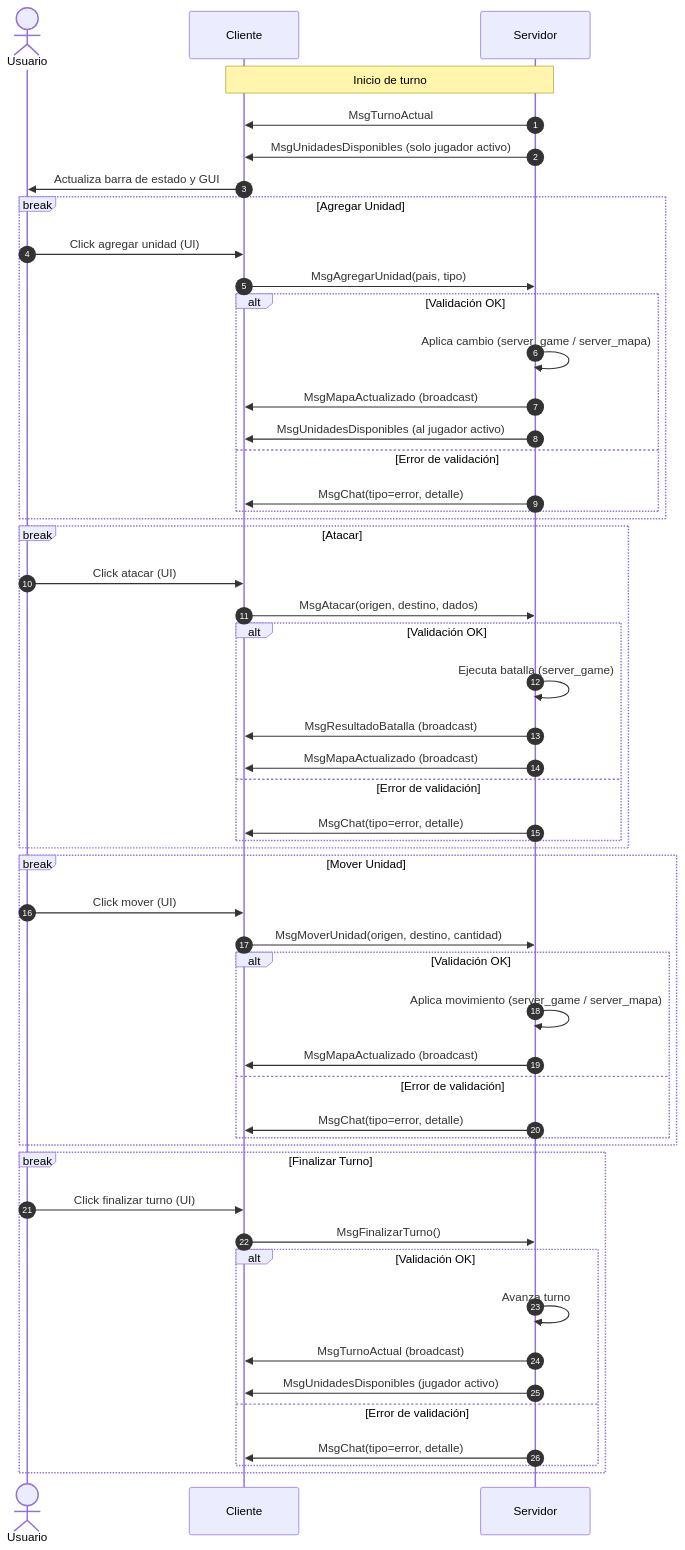
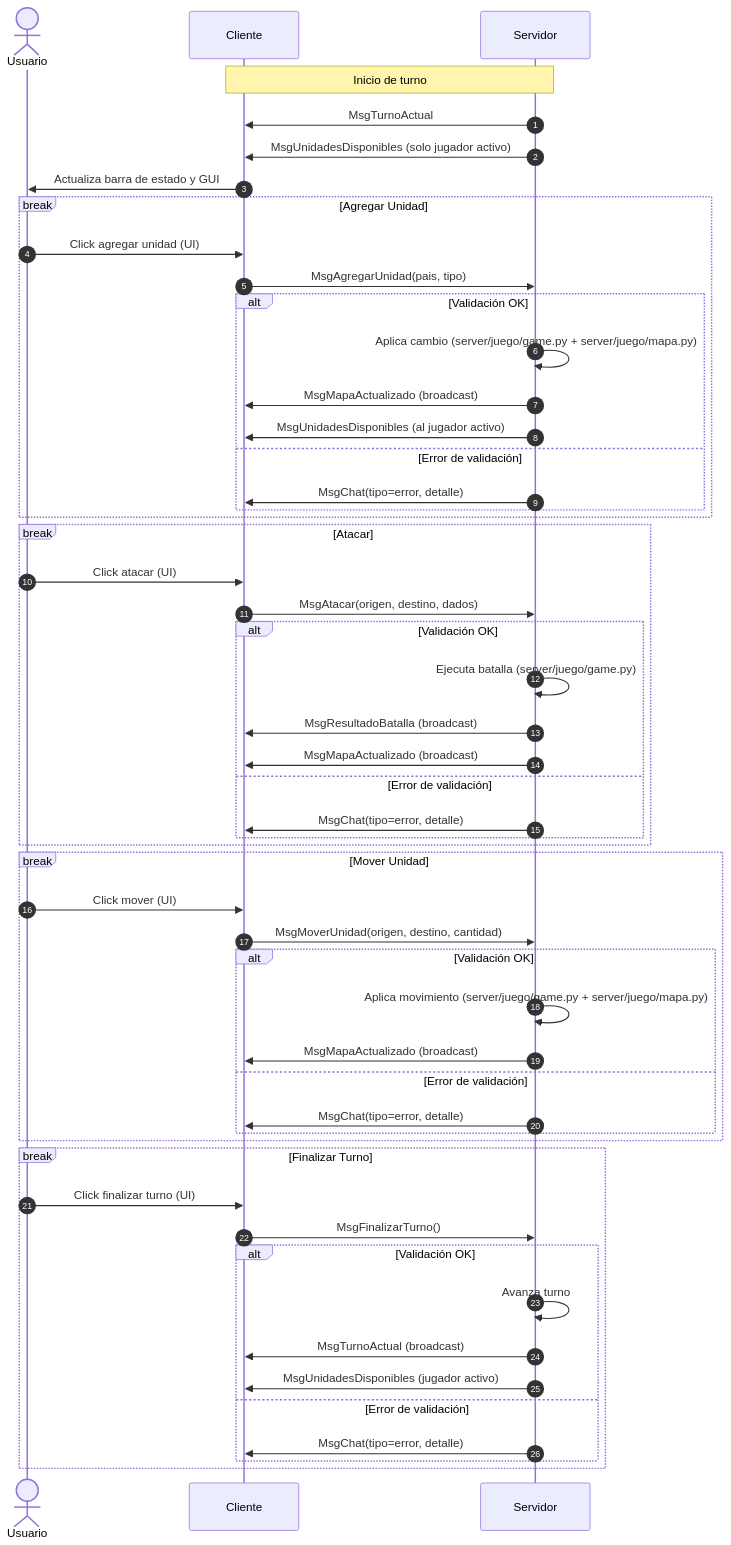
One commit to cavazquez/pyteg changed the diagram in docs/diagrams/message_flow.md. Above: the diagram before and after it, drawn with Mermaid. The commit also changed 8 other files, not shown here.

````diff
--- a/docs/diagrams/message_flow.md
+++ b/docs/diagrams/message_flow.md
@@ -5,59 +5,59 @@
 ```mermaid
 sequenceDiagram
     autonumber
     actor U as Usuario
     participant C as Cliente
     participant S as Servidor
 
     Note over C,S: Inicio de turno
     S->>C: MsgTurnoActual
     S->>C: MsgUnidadesDisponibles (solo jugador activo)
     C->>U: Actualiza barra de estado y GUI
 
     break Agregar Unidad
         U->>C: Click agregar unidad (UI)
         C->>S: MsgAgregarUnidad(pais, tipo)
         alt Validación OK
-            S->>S: Aplica cambio (server_game / server_mapa)
+            S->>S: Aplica cambio (server/juego/game.py + server/juego/mapa.py)
             S->>C: MsgMapaActualizado (broadcast)
             S->>C: MsgUnidadesDisponibles (al jugador activo)
         else Error de validación
             S->>C: MsgChat(tipo=error, detalle)
         end
     end
 
     break Atacar
         U->>C: Click atacar (UI)
         C->>S: MsgAtacar(origen, destino, dados)
         alt Validación OK
-            S->>S: Ejecuta batalla (server_game)
+            S->>S: Ejecuta batalla (server/juego/game.py)
             S->>C: MsgResultadoBatalla (broadcast)
             S->>C: MsgMapaActualizado (broadcast)
         else Error de validación
             S->>C: MsgChat(tipo=error, detalle)
         end
     end
 
     break Mover Unidad
         U->>C: Click mover (UI)
         C->>S: MsgMoverUnidad(origen, destino, cantidad)
         alt Validación OK
-            S->>S: Aplica movimiento (server_game / server_mapa)
+            S->>S: Aplica movimiento (server/juego/game.py + server/juego/mapa.py)
             S->>C: MsgMapaActualizado (broadcast)
         else Error de validación
             S->>C: MsgChat(tipo=error, detalle)
         end
     end
 
     break Finalizar Turno
         U->>C: Click finalizar turno (UI)
         C->>S: MsgFinalizarTurno()
         alt Validación OK
             S->>S: Avanza turno
             S->>C: MsgTurnoActual (broadcast)
             S->>C: MsgUnidadesDisponibles (jugador activo)
         else Error de validación
             S->>C: MsgChat(tipo=error, detalle)
         end
     end
 ```
````
